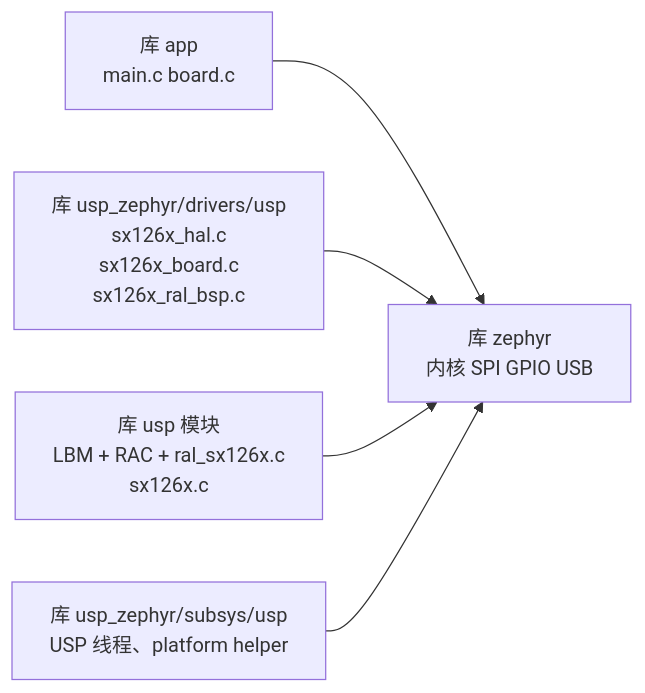
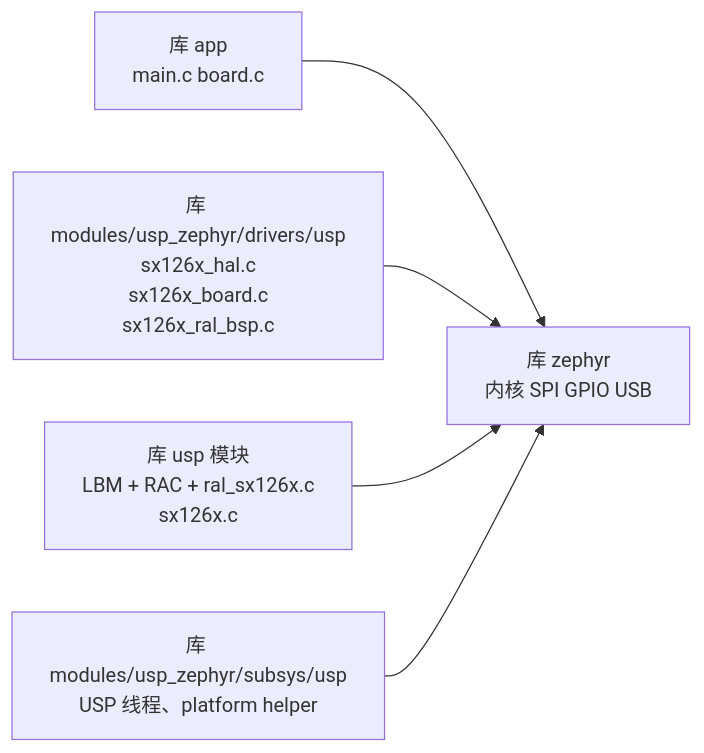
One commit to DanielCao0/RZI_Example changed the third of 3 diagrams in doc/build-pipeline.md. Above: the diagram before and after it, drawn with Mermaid. The commit also changed other lines of this file and 4 other files, not shown here.

First line of the commit message:
build(west): move to Zephyr v4.5.0-rc1 and modules/usp_zephyr

````diff
--- a/doc/build-pipeline.md
+++ b/doc/build-pipeline.md
@@ -210,13 +210,13 @@
 ```mermaid
 flowchart LR
   appLib["库 app<br/>main.c board.c"]
-  drvLib["库 usp_zephyr/drivers/usp<br/>sx126x_hal.c<br/>sx126x_board.c<br/>sx126x_ral_bsp.c"]
+  drvLib["库 modules/usp_zephyr/drivers/usp<br/>sx126x_hal.c<br/>sx126x_board.c<br/>sx126x_ral_bsp.c"]
   uspLib["库 usp 模块<br/>LBM + RAC + ral_sx126x.c<br/>sx126x.c"]
-  subLib["库 usp_zephyr/subsys/usp<br/>USP 线程、platform helper"]
+  subLib["库 modules/usp_zephyr/subsys/usp<br/>USP 线程、platform helper"]
   zLib["库 zephyr<br/>内核 SPI GPIO USB"]
 
   appLib --> zLib
   drvLib --> zLib
   uspLib --> zLib
   subLib --> zLib
 ```
````
